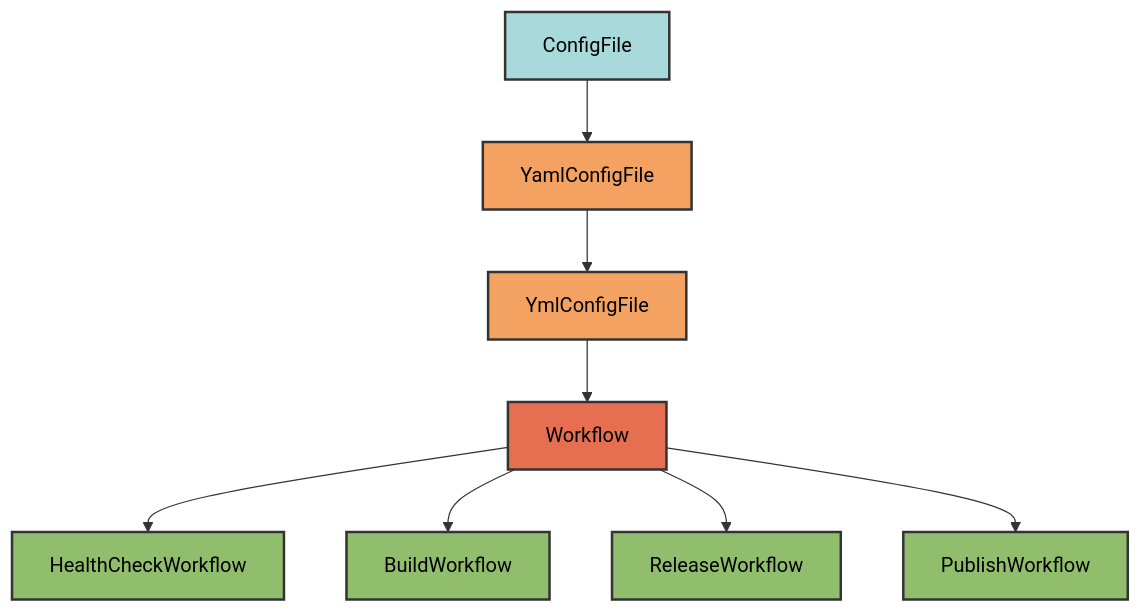
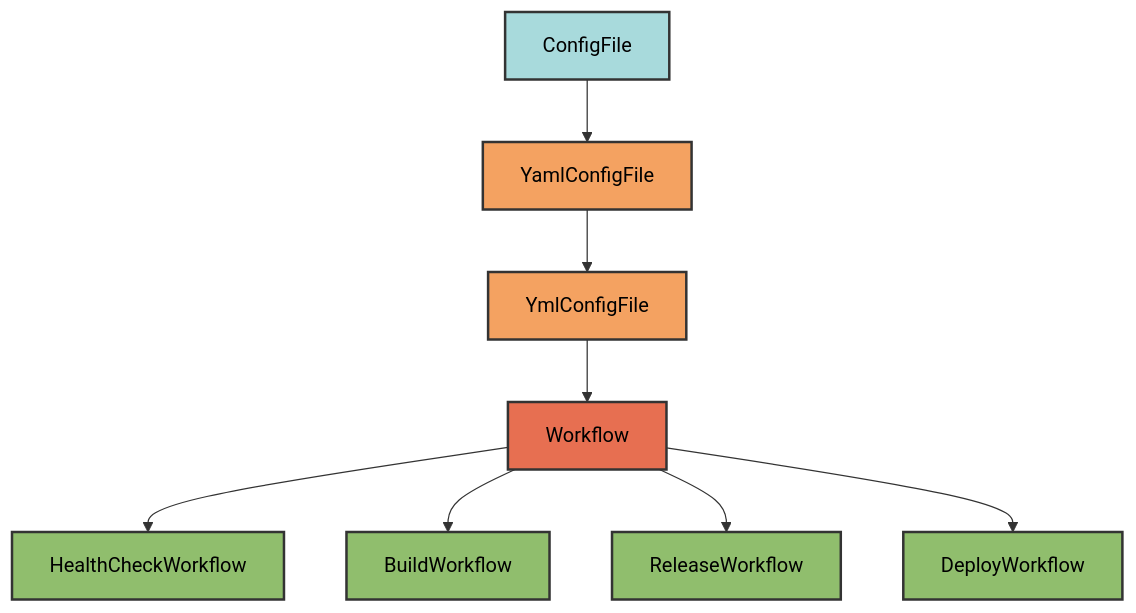
One commit to Winipedia/pyrig changed the first of 3 diagrams in docs/configs/workflows/architecture.md. Above: the diagram before and after it, drawn with Mermaid. The commit also changed other lines of this file and 17 other files, not shown here.

````diff
--- a/docs/configs/workflows/architecture.md
+++ b/docs/configs/workflows/architecture.md
@@ -13,19 +13,19 @@
 ```mermaid
 graph TD
     A[ConfigFile] --> B[YamlConfigFile]
     B --> B1[YmlConfigFile]
     B1 --> C[Workflow]
     C --> D[HealthCheckWorkflow]
     C --> E[BuildWorkflow]
     C --> F[ReleaseWorkflow]
-    C --> G[PublishWorkflow]
+    C --> G[DeployWorkflow]
 
     style A fill:#a8dadc,stroke:#333,stroke-width:2px,color:#000
     style B fill:#f4a261,stroke:#333,stroke-width:2px,color:#000
     style B1 fill:#f4a261,stroke:#333,stroke-width:2px,color:#000
     style C fill:#e76f51,stroke:#333,stroke-width:2px,color:#000
     style D fill:#90be6d,stroke:#333,stroke-width:2px,color:#000
     style E fill:#90be6d,stroke:#333,stroke-width:2px,color:#000
     style F fill:#90be6d,stroke:#333,stroke-width:2px,color:#000
     style G fill:#90be6d,stroke:#333,stroke-width:2px,color:#000
 ```
````
